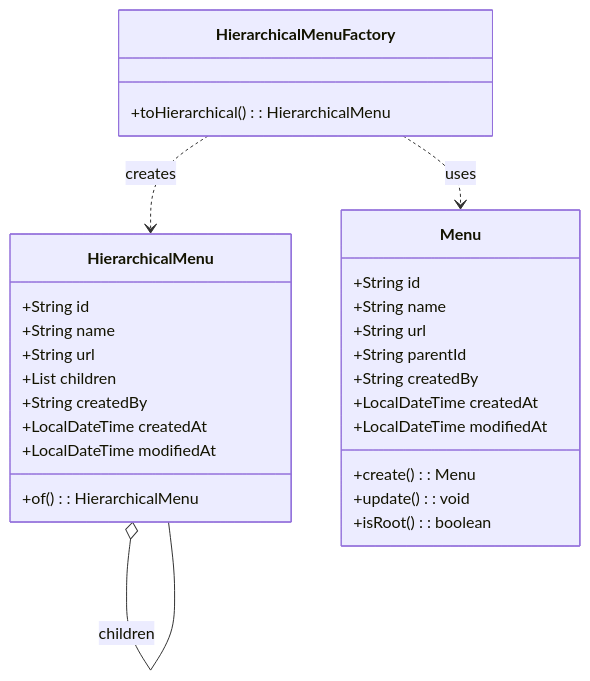
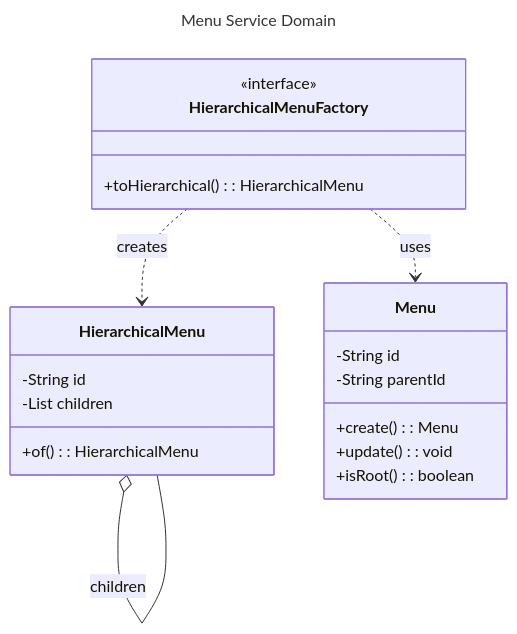
One commit to KalGookSoo/springboot-msa changed the first of 2 diagrams in menu/README.md. Above: the diagram before and after it, drawn with Mermaid. The commit also changed other lines of this file, not shown here.

Commit message:
docs: README.md 수정 클래스 다이어그램 수정

````diff
--- a/menu/README.md
+++ b/menu/README.md
@@ -26,31 +26,25 @@
 ```mermaid
+---
+title: Menu Service Domain
+---
 classDiagram
     class HierarchicalMenu {
-        +String id
-        +String name
-        +String url
-        +List<HierarchicalMenu> children
-        +String createdBy
-        +LocalDateTime createdAt
-        +LocalDateTime modifiedAt
+        -String id
+        -List<HierarchicalMenu> children
         +of(): HierarchicalMenu
     }
     class HierarchicalMenuFactory {
+        <<interface>>
         +toHierarchical(): HierarchicalMenu
     }
     class Menu {
-        +String id
-        +String name
-        +String url
-        +String parentId
-        +String createdBy
-        +LocalDateTime createdAt
-        +LocalDateTime modifiedAt
+        -String id
+        -String parentId
         +create(): Menu
         +update(): void
         +isRoot(): boolean
     }
     HierarchicalMenuFactory ..> HierarchicalMenu: creates
     HierarchicalMenuFactory ..> Menu: uses
     HierarchicalMenu o-- HierarchicalMenu: children
 ```
````
